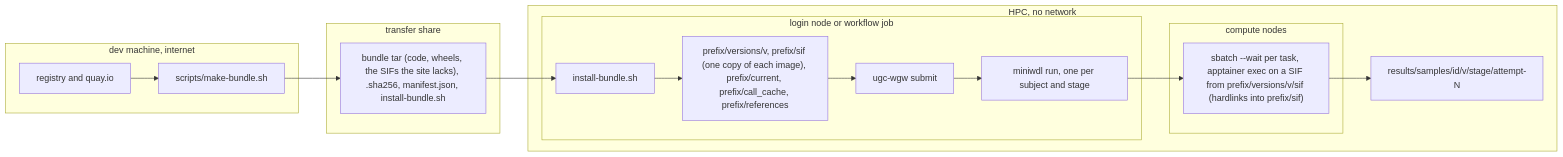
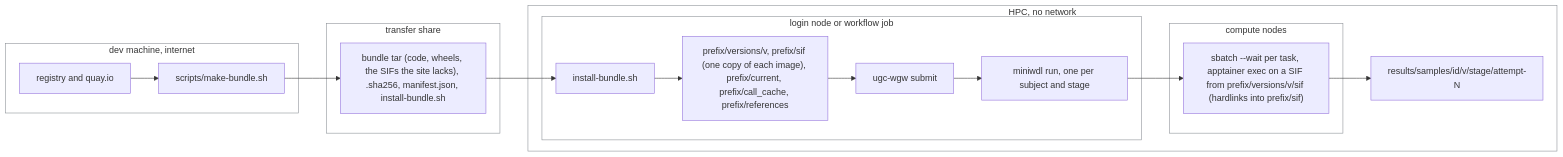
Before and after one commit to UppsalaGenomeCenter/ugc-wgw: the diagram in docs/guide/04-install.md, drawn with Mermaid. The commit also changed 19 other files, not shown here.

````diff
--- a/docs/guide/04-install.md
+++ b/docs/guide/04-install.md
@@ -38,25 +38,27 @@
 ```mermaid
 flowchart LR
   subgraph dev["dev machine, internet"]
     build["scripts/make-bundle.sh"]
     reg["registry and quay.io"]
     reg --> build
   end
   subgraph share["transfer share"]
     tar["bundle tar (code, wheels, the SIFs the site lacks), .sha256, manifest.json, install-bundle.sh"]
   end
   subgraph hpc["HPC, no network"]
     subgraph login["login node or workflow job"]
       inst["install-bundle.sh"]
       prefix["prefix/versions/v, prefix/sif (one copy of each image), prefix/current, prefix/call_cache, prefix/references"]
       drv["ugc-wgw submit"]
       mw["miniwdl run, one per subject and stage"]
     end
     subgraph nodes["compute nodes"]
       job["sbatch --wait per task, apptainer exec on a SIF from prefix/versions/v/sif (hardlinks into prefix/sif)"]
     end
     res["results/samples/id/v/stage/attempt-N"]
   end
   build --> tar --> inst --> prefix
   prefix --> drv --> mw --> job --> res
+  classDef box fill:none,stroke:#8a8f95
+  class dev,share,hpc,login,nodes box
 ```
````
